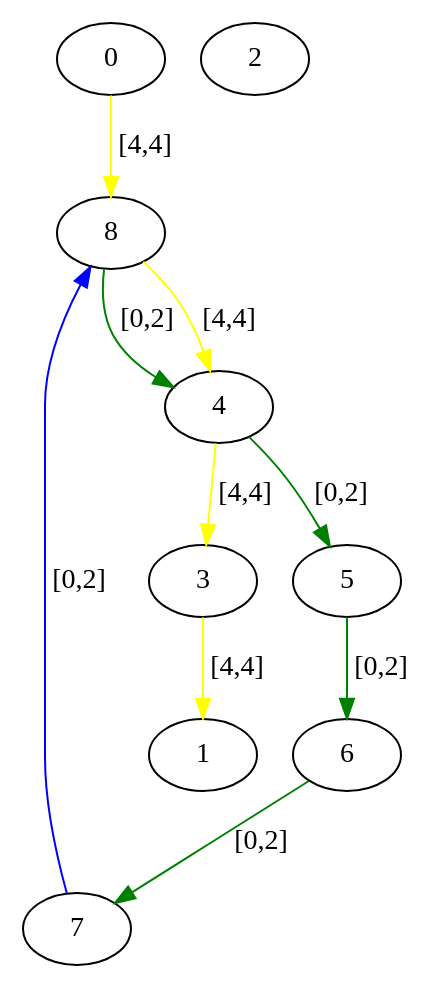
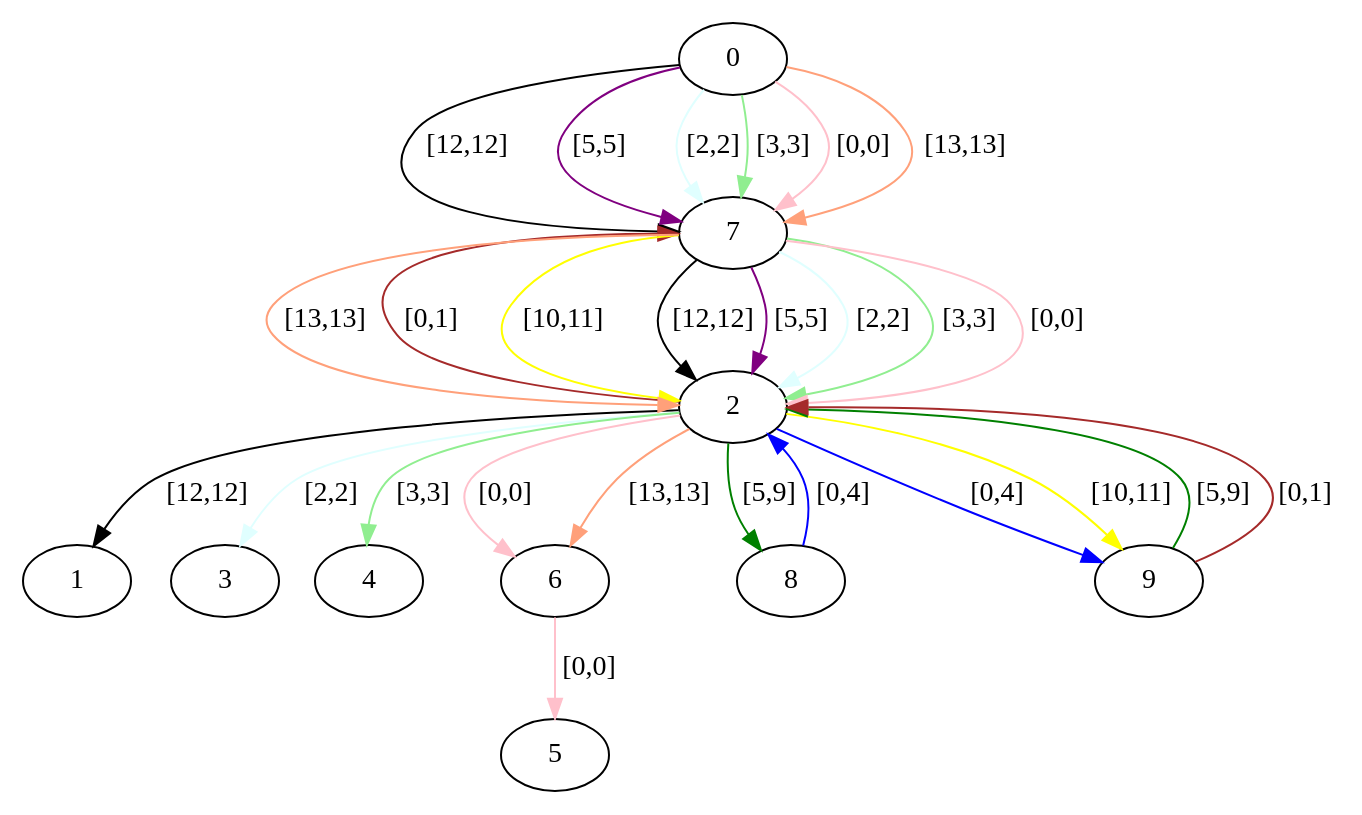
The diagram in src/assignedGraphs/assigned.dot (Hebbe1234/ExpectAll), drawn with Graphviz before and after one commit. The commit also changed 4 other files, not shown here.

```diff
--- a/src/assignedGraphs/assigned.dot
+++ b/src/assignedGraphs/assigned.dot
@@ -1,20 +1,38 @@
 digraph  {
-0 [Country="United States", Internal=1, Latitude="42.37843", Longitude="-71.11644", id=0, label=0];
-1 [Country="United States", Internal=1, Latitude="37.45383", Longitude="-122.18219", id=1, label=1];
-2 [Country="United States", Internal=1, Latitude="34.42083", Longitude="-119.69819", id=2, label=2];
-3 [Country="United States", Internal=1, Latitude="34.05223", Longitude="-118.24368", id=3, label=3];
-4 [Country="United States", Internal=1, Latitude="34.01945", Longitude="-118.49119", id=4, label=4];
-5 [Country="United States", Internal=1, Latitude="34.01945", Longitude="-118.49119", id=5, label=5];
-6 [Country="United States", Internal=1, Latitude="40.76078", Longitude="-111.89105", id=6, label=6];
-7 [Country="United States", Internal=1, Latitude="42.35954", Longitude="-71.09172", id=7, label=7];
-8 [Country="United States", Internal=1, Latitude="42.3751", Longitude="-71.10561", id=8, label=8];
-0 -> 8  [color=yellow, key=0, label="[4,4]"];
-3 -> 1  [color=yellow, key=0, label="[4,4]"];
-4 -> 5  [color=green, key=0, label="[0,2]"];
-4 -> 3  [color=yellow, key=0, label="[4,4]"];
-5 -> 6  [color=green, key=0, label="[0,2]"];
-6 -> 7  [color=green, key=0, label="[0,2]"];
-7 -> 8  [color=blue, key=0, label="[0,2]"];
-8 -> 4  [color=green, key=0, label="[0,2]"];
-8 -> 4  [color=yellow, key=1, label="[4,4]"];
+0 [Internal=1, label=0];
+1 [Internal=1, label=1];
+2 [Internal=1, label=2];
+3 [Internal=1, label=3];
+4 [Internal=1, label=4];
+5 [Internal=1, label=5];
+6 [Internal=1, label=6];
+7 [Internal=1, label=7];
+8 [Internal=1, label=8];
+9 [Internal=1, label=9];
+0 -> 7  [color=black, key=0, label="[12,12]"];
+0 -> 7  [color=purple, key=1, label="[5,5]"];
+0 -> 7  [color=lightcyan, key=2, label="[2,2]"];
+0 -> 7  [color=lightgreen, key=3, label="[3,3]"];
+0 -> 7  [color=pink, key=4, label="[0,0]"];
+0 -> 7  [color=lightsalmon, key=5, label="[13,13]"];
+2 -> 9  [color=blue, key=0, label="[0,4]"];
+2 -> 9  [color=yellow, key=1, label="[10,11]"];
+2 -> 8  [color=green, key=0, label="[5,9]"];
+2 -> 7  [color=brown, key=0, label="[0,1]"];
+2 -> 1  [color=black, key=0, label="[12,12]"];
+2 -> 3  [color=lightcyan, key=0, label="[2,2]"];
+2 -> 4  [color=lightgreen, key=0, label="[3,3]"];
+2 -> 6  [color=pink, key=0, label="[0,0]"];
+2 -> 6  [color=lightsalmon, key=1, label="[13,13]"];
+6 -> 5  [color=pink, key=0, label="[0,0]"];
+7 -> 2  [color=yellow, key=0, label="[10,11]"];
+7 -> 2  [color=black, key=1, label="[12,12]"];
+7 -> 2  [color=purple, key=2, label="[5,5]"];
+7 -> 2  [color=lightcyan, key=3, label="[2,2]"];
+7 -> 2  [color=lightgreen, key=4, label="[3,3]"];
+7 -> 2  [color=pink, key=5, label="[0,0]"];
+7 -> 2  [color=lightsalmon, key=6, label="[13,13]"];
+8 -> 2  [color=blue, key=0, label="[0,4]"];
+9 -> 2  [color=green, key=0, label="[5,9]"];
+9 -> 2  [color=brown, key=1, label="[0,1]"];
 }
```
